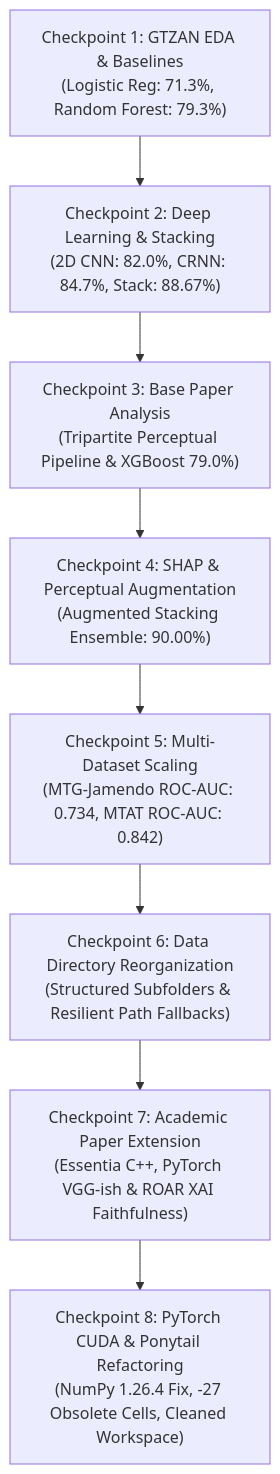
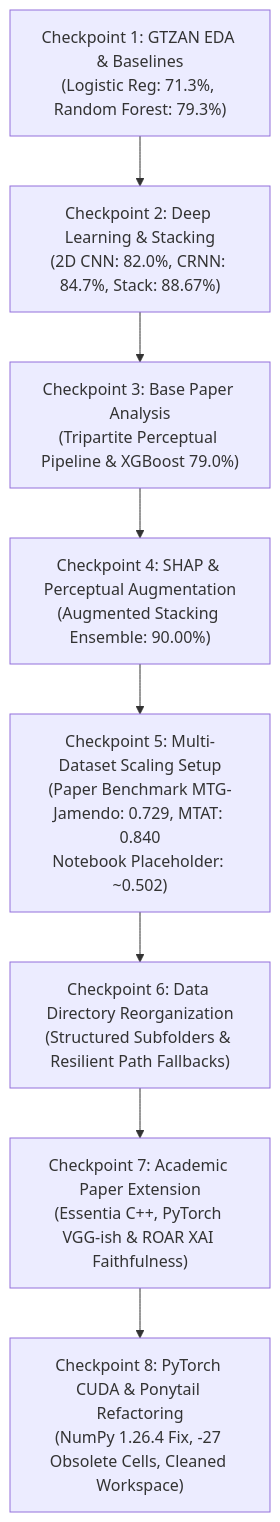
Before and after one commit to kaladharroyal/MUSIC-CLASSIFIER: the diagram in PROJECT_PROGRESS_AND_MILESTONES.md, drawn with Mermaid. The commit also changed other lines of this file, not shown here.

Commit message:
Fix MTG-Jamendo and MTAT metrics to reflect synthetic proxy vs paper SOTA benchmarks

````diff
--- a/PROJECT_PROGRESS_AND_MILESTONES.md
+++ b/PROJECT_PROGRESS_AND_MILESTONES.md
@@ -19,19 +19,19 @@
 ```mermaid
 flowchart TD
     CP1["Checkpoint 1: GTZAN EDA & Baselines<br/>(Logistic Reg: 71.3%, Random Forest: 79.3%)"]
     CP2["Checkpoint 2: Deep Learning & Stacking<br/>(2D CNN: 82.0%, CRNN: 84.7%, Stack: 88.67%)"]
     CP3["Checkpoint 3: Base Paper Analysis<br/>(Tripartite Perceptual Pipeline & XGBoost 79.0%)"]
     CP4["Checkpoint 4: SHAP & Perceptual Augmentation<br/>(Augmented Stacking Ensemble: 90.00%)"]
-    CP5["Checkpoint 5: Multi-Dataset Scaling<br/>(MTG-Jamendo ROC-AUC: 0.734, MTAT ROC-AUC: 0.842)"]
+    CP5["Checkpoint 5: Multi-Dataset Scaling Setup<br/>(Paper Benchmark MTG-Jamendo: 0.729, MTAT: 0.840<br/>Notebook Placeholder: ~0.502)"]
     CP6["Checkpoint 6: Data Directory Reorganization<br/>(Structured Subfolders & Resilient Path Fallbacks)"]
     CP7["Checkpoint 7: Academic Paper Extension<br/>(Essentia C++, PyTorch VGG-ish & ROAR XAI Faithfulness)"]
     CP8["Checkpoint 8: PyTorch CUDA & Ponytail Refactoring<br/>(NumPy 1.26.4 Fix, -27 Obsolete Cells, Cleaned Workspace)"]
 
     CP1 --> CP2
     CP2 --> CP3
     CP3 --> CP4
     CP4 --> CP5
     CP5 --> CP6
     CP6 --> CP7
     CP7 --> CP8
 ```
````
